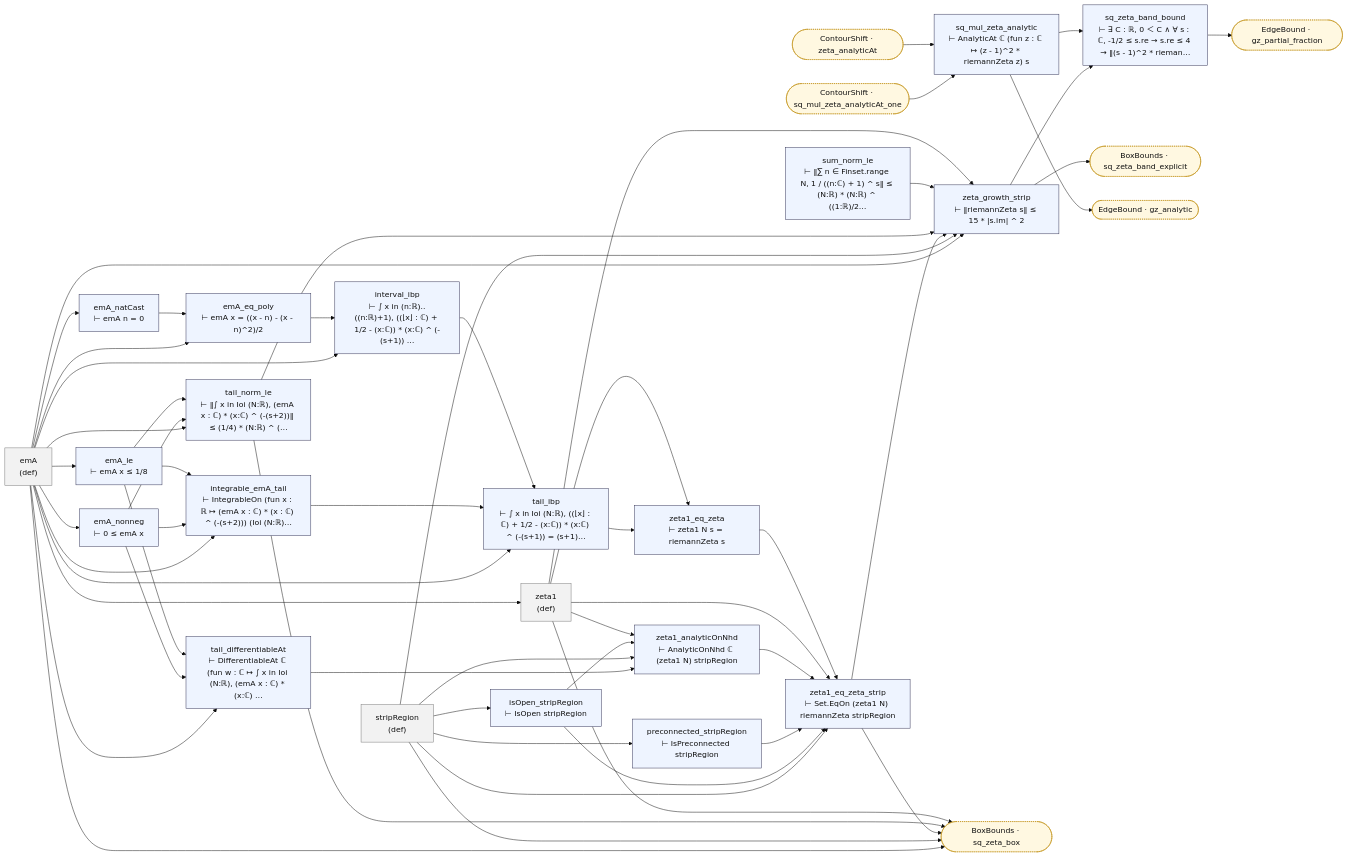
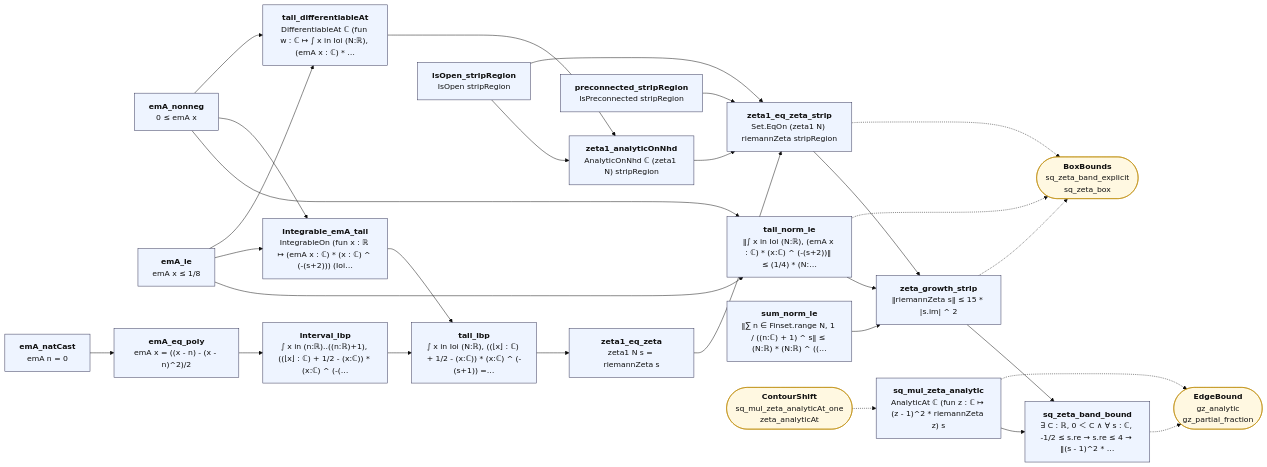
One commit to juliansambranojr/Primebeat_081426 changed the diagram in map/lean_stage3/ZetaGrowth.md. Above: the diagram before and after it, drawn with Mermaid (base theme). The commit also changed other lines of this file and 387 other files, not shown here.

````diff
--- a/map/lean_stage3/ZetaGrowth.md
+++ b/map/lean_stage3/ZetaGrowth.md
@@ -8,88 +12,57 @@
 ```mermaid
 flowchart LR
-  n0["emA<br/>(def)"]:::dfn
-  n1["emA_nonneg<br/>⊢ 0 ≤ emA x"]:::thm
-  n2["emA_le<br/>⊢ emA x ≤ 1/8"]:::thm
-  n3["emA_natCast<br/>⊢ emA n = 0"]:::thm
-  n4["emA_eq_poly<br/>⊢ emA x = ((x - n) - (x - n)^2)/2"]:::thm
-  n5["integrable_emA_tail<br/>⊢ IntegrableOn (fun x : ℝ ↦ (emA x : ℂ) * (x : ℂ) ^ (-(s+2))) (Ioi (N:ℝ)…"]:::thm
-  n6["interval_ibp<br/>⊢ ∫ x in (n:ℝ)..((n:ℝ)+1), ((⌊x⌋ : ℂ) + 1/2 - (x:ℂ)) * (x:ℂ) ^ (-(s+1)) …"]:::thm
-  n7["tail_ibp<br/>⊢ ∫ x in Ioi (N:ℝ), ((⌊x⌋ : ℂ) + 1/2 - (x:ℂ)) * (x:ℂ) ^ (-(s+1)) = (s+1)…"]:::thm
-  n8["zeta1<br/>(def)"]:::dfn
-  n9["zeta1_eq_zeta<br/>⊢ zeta1 N s = riemannZeta s"]:::thm
-  n10["tail_differentiableAt<br/>⊢ DifferentiableAt ℂ (fun w : ℂ ↦ ∫ x in Ioi (N:ℝ), (emA x : ℂ) * (x:ℂ) …"]:::thm
-  n11["stripRegion<br/>(def)"]:::dfn
-  n12["isOpen_stripRegion<br/>⊢ IsOpen stripRegion"]:::thm
-  n13["preconnected_stripRegion<br/>⊢ IsPreconnected stripRegion"]:::thm
-  n14["zeta1_analyticOnNhd<br/>⊢ AnalyticOnNhd ℂ (zeta1 N) stripRegion"]:::thm
-  n15["zeta1_eq_zeta_strip<br/>⊢ Set.EqOn (zeta1 N) riemannZeta stripRegion"]:::thm
-  n16["tail_norm_le<br/>⊢ ‖∫ x in Ioi (N:ℝ), (emA x : ℂ) * (x:ℂ) ^ (-(s+2))‖ ≤ (1/4) * (N:ℝ) ^ (…"]:::thm
-  n17["sum_norm_le<br/>⊢ ‖∑ n ∈ Finset.range N, 1 / ((n:ℂ) + 1) ^ s‖ ≤ (N:ℝ) * (N:ℝ) ^ ((1:ℝ)/2…"]:::thm
-  n18["zeta_growth_strip<br/>⊢ ‖riemannZeta s‖ ≤ 15 * |s.im| ^ 2"]:::thm
-  n19["sq_mul_zeta_analytic<br/>⊢ AnalyticAt ℂ (fun z : ℂ ↦ (z - 1)^2 * riemannZeta z) s"]:::thm
-  n20["sq_zeta_band_bound<br/>⊢ ∃ C : ℝ, 0 ＜ C ∧ ∀ s : ℂ, -1/2 ≤ s.re → s.re ≤ 4 → ‖(s - 1)^2 * rieman…"]:::thm
-  x0(["BoxBounds · sq_zeta_band_explicit"]):::ext
-  x1(["BoxBounds · sq_zeta_box"]):::ext
-  x2(["ContourShift · sq_mul_zeta_analyticAt_one"]):::ext
-  x3(["ContourShift · zeta_analyticAt"]):::ext
-  x4(["EdgeBound · gz_analytic"]):::ext
-  x5(["EdgeBound · gz_partial_fraction"]):::ext
-  n0 --> n1
-  n0 --> n10
-  n0 --> n16
-  n0 --> n18
-  n0 --> n2
-  n0 --> n3
+  n0["<b>emA_nonneg</b><br/>0 ≤ emA x"]:::thm
+  n1["<b>emA_le</b><br/>emA x ≤ 1/8"]:::thm
+  n2["<b>emA_natCast</b><br/>emA n = 0"]:::thm
+  n3["<b>emA_eq_poly</b><br/>emA x = ((x - n) - (x - n)^2)/2"]:::thm
+  n4["<b>integrable_emA_tail</b><br/>IntegrableOn (fun x : ℝ ↦ (emA x : ℂ) * (x : ℂ) ^ (-(s+2))) (Ioi…"]:::thm
+  n5["<b>interval_ibp</b><br/>∫ x in (n:ℝ)..((n:ℝ)+1), ((⌊x⌋ : ℂ) + 1/2 - (x:ℂ)) * (x:ℂ) ^ (-(…"]:::thm
+  n6["<b>tail_ibp</b><br/>∫ x in Ioi (N:ℝ), ((⌊x⌋ : ℂ) + 1/2 - (x:ℂ)) * (x:ℂ) ^ (-(s+1)) =…"]:::thm
+  n7["<b>zeta1_eq_zeta</b><br/>zeta1 N s = riemannZeta s"]:::thm
+  n8["<b>tail_differentiableAt</b><br/>DifferentiableAt ℂ (fun w : ℂ ↦ ∫ x in Ioi (N:ℝ), (emA x : ℂ) * …"]:::thm
+  n9["<b>isOpen_stripRegion</b><br/>IsOpen stripRegion"]:::thm
+  n10["<b>preconnected_stripRegion</b><br/>IsPreconnected stripRegion"]:::thm
+  n11["<b>zeta1_analyticOnNhd</b><br/>AnalyticOnNhd ℂ (zeta1 N) stripRegion"]:::thm
+  n12["<b>zeta1_eq_zeta_strip</b><br/>Set.EqOn (zeta1 N) riemannZeta stripRegion"]:::thm
+  n13["<b>tail_norm_le</b><br/>‖∫ x in Ioi (N:ℝ), (emA x : ℂ) * (x:ℂ) ^ (-(s+2))‖ ≤ (1/4) * (N:…"]:::thm
+  n14["<b>sum_norm_le</b><br/>‖∑ n ∈ Finset.range N, 1 / ((n:ℂ) + 1) ^ s‖ ≤ (N:ℝ) * (N:ℝ) ^ ((…"]:::thm
+  n15["<b>zeta_growth_strip</b><br/>‖riemannZeta s‖ ≤ 15 * |s.im| ^ 2"]:::thm
+  n16["<b>sq_mul_zeta_analytic</b><br/>AnalyticAt ℂ (fun z : ℂ ↦ (z - 1)^2 * riemannZeta z) s"]:::thm
+  n17["<b>sq_zeta_band_bound</b><br/>∃ C : ℝ, 0 ＜ C ∧ ∀ s : ℂ, -1/2 ≤ s.re → s.re ≤ 4 → ‖(s - 1)^2 * …"]:::thm
+  x0(["<b>BoxBounds</b><br/>sq_zeta_band_explicit<br/>sq_zeta_box"]):::ext
+  x1(["<b>ContourShift</b><br/>sq_mul_zeta_analyticAt_one<br/>zeta_analyticAt"]):::ext
+  x2(["<b>EdgeBound</b><br/>gz_analytic<br/>gz_partial_fraction"]):::ext
+  n0 --> n13
   n0 --> n4
-  n0 --> n5
-  n0 --> n6
-  n0 --> n7
   n0 --> n8
-  n0 --> x1
-  n1 --> n10
-  n1 --> n16
-  n1 --> n5
-  n10 --> n14
+  n1 --> n13
+  n1 --> n4
+  n1 --> n8
+  n10 --> n12
   n11 --> n12
-  n11 --> n13
-  n11 --> n14
-  n11 --> n15
-  n11 --> n18
-  n11 --> x1
-  n12 --> n14
   n12 --> n15
   n13 --> n15
   n14 --> n15
-  n15 --> n18
-  n15 --> x1
-  n16 --> n18
-  n16 --> x1
-  n17 --> n18
-  n18 --> n20
-  n18 --> x0
-  n19 --> n20
-  n19 --> x4
-  n2 --> n10
-  n2 --> n16
-  n2 --> n5
-  n20 --> x5
-  n3 --> n4
+  n15 --> n17
+  n16 --> n17
+  n2 --> n3
+  n3 --> n5
   n4 --> n6
-  n5 --> n7
+  n5 --> n6
   n6 --> n7
-  n7 --> n9
-  n8 --> n14
-  n8 --> n15
-  n8 --> n18
-  n8 --> n9
-  n8 --> x1
-  n9 --> n15
-  x2 --> n19
-  x3 --> n19
+  n7 --> n12
+  n8 --> n11
+  n9 --> n11
+  n9 --> n12
+  n12 -.-> x0
+  n13 -.-> x0
+  n15 -.-> x0
+  n16 -.-> x2
+  n17 -.-> x2
+  x1 -.-> n16
   classDef thm fill:#eef4ff,stroke:#335,color:#111
-  classDef dfn fill:#f2f2f2,stroke:#777,color:#111
   classDef end_ fill:#e7f7e7,stroke:#2a7,color:#111,stroke-width:2px
   classDef lone fill:#fff,stroke:#999,color:#111,stroke-dasharray:4 3
   classDef bad fill:#ffe5e5,stroke:#c22,color:#111,stroke-width:2px
-  classDef ext fill:#fff8e1,stroke:#b80,color:#111,stroke-dasharray:2 2
+  classDef ext fill:#fff8e1,stroke:#b80,color:#111
 ```
````
